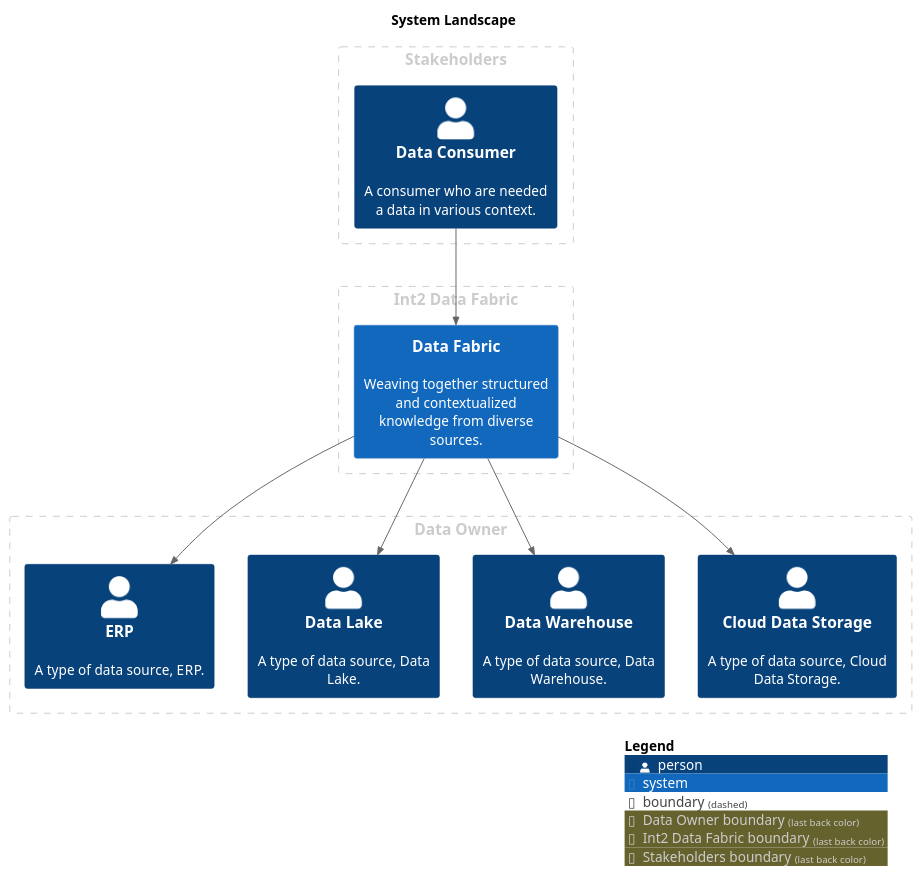
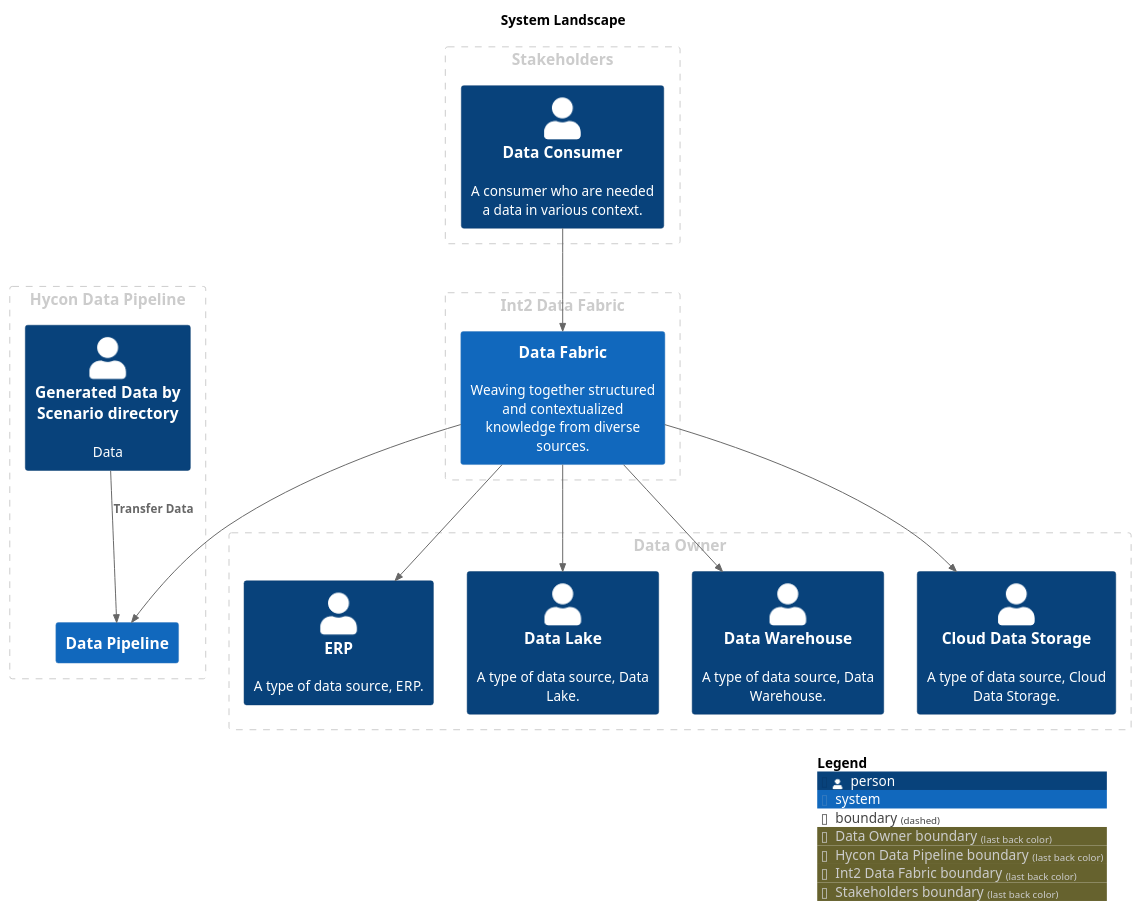
One commit to IntellectusCorp/data-fabric-docs changed the diagram in puml/SystemLandscape-SystemLandscape.puml. Above: the diagram before and after it, drawn with PlantUML. The commit also changed 79 other files, not shown here.

Commit message:
Deploying to gh-pages from @ IntellectusCorp/data-fabric-docs@6b20353541501908b53f441d7acd5391b726523c 🚀

```diff
--- a/puml/SystemLandscape-SystemLandscape.puml
+++ b/puml/SystemLandscape-SystemLandscape.puml
@@ -1,38 +1,46 @@
 @startuml
 set separator none
 title System Landscape
 
 top to bottom direction
 
 !include <C4/C4>
 !include <C4/C4_Context>
 
 skinparam svgDimensionStyle false
 skinparam preserveAspectRatio meet
 AddBoundaryTag("Data Owner", $borderColor="#cccccc", $fontColor="#cccccc")
 Boundary(group_1, "Data Owner", $tags="Data Owner") {
   Person(ERP, "ERP", $descr="A type of data source, ERP.", $tags="", $link="")
   Person(DataLake, "Data Lake", $descr="A type of data source, Data Lake.", $tags="", $link="")
   Person(DataWarehouse, "Data Warehouse", $descr="A type of data source, Data Warehouse.", $tags="", $link="")
   Person(CloudDataStorage, "Cloud Data Storage", $descr="A type of data source, Cloud Data Storage.", $tags="", $link="")
 }
 
+AddBoundaryTag("Hycon Data Pipeline", $borderColor="#cccccc", $fontColor="#cccccc")
+Boundary(group_2, "Hycon Data Pipeline", $tags="Hycon Data Pipeline") {
+  Person(GeneratedDatabyScenariodirectory, "Generated Data by Scenario directory", $descr="Data", $tags="", $link="")
+  System(DataPipeline, "Data Pipeline", $descr="", $tags="", $link="data-pipeline/context/")
+}
+
 AddBoundaryTag("Int2 Data Fabric", $borderColor="#cccccc", $fontColor="#cccccc")
-Boundary(group_2, "Int2 Data Fabric", $tags="Int2 Data Fabric") {
+Boundary(group_3, "Int2 Data Fabric", $tags="Int2 Data Fabric") {
   System(DataFabric, "Data Fabric", $descr="Weaving together structured and contextualized knowledge from diverse sources.", $tags="", $link="data-fabric/context/")
 }
 
 AddBoundaryTag("Stakeholders", $borderColor="#cccccc", $fontColor="#cccccc")
-Boundary(group_3, "Stakeholders", $tags="Stakeholders") {
+Boundary(group_4, "Stakeholders", $tags="Stakeholders") {
   Person(DataConsumer, "Data Consumer", $descr="A consumer who are needed a data in various context.", $tags="", $link="")
 }
 
 
+Rel_D(GeneratedDatabyScenariodirectory, DataPipeline, "Transfer Data", $techn="", $tags="", $link="")
+Rel_D(DataFabric, DataPipeline, "", $techn="", $tags="", $link="")
 Rel_D(DataConsumer, DataFabric, "", $techn="", $tags="", $link="")
 Rel_D(DataFabric, ERP, "", $techn="", $tags="", $link="")
 Rel_D(DataFabric, DataLake, "", $techn="", $tags="", $link="")
 Rel_D(DataFabric, DataWarehouse, "", $techn="", $tags="", $link="")
 Rel_D(DataFabric, CloudDataStorage, "", $techn="", $tags="", $link="")
 
 SHOW_LEGEND(true)
 @enduml
```
